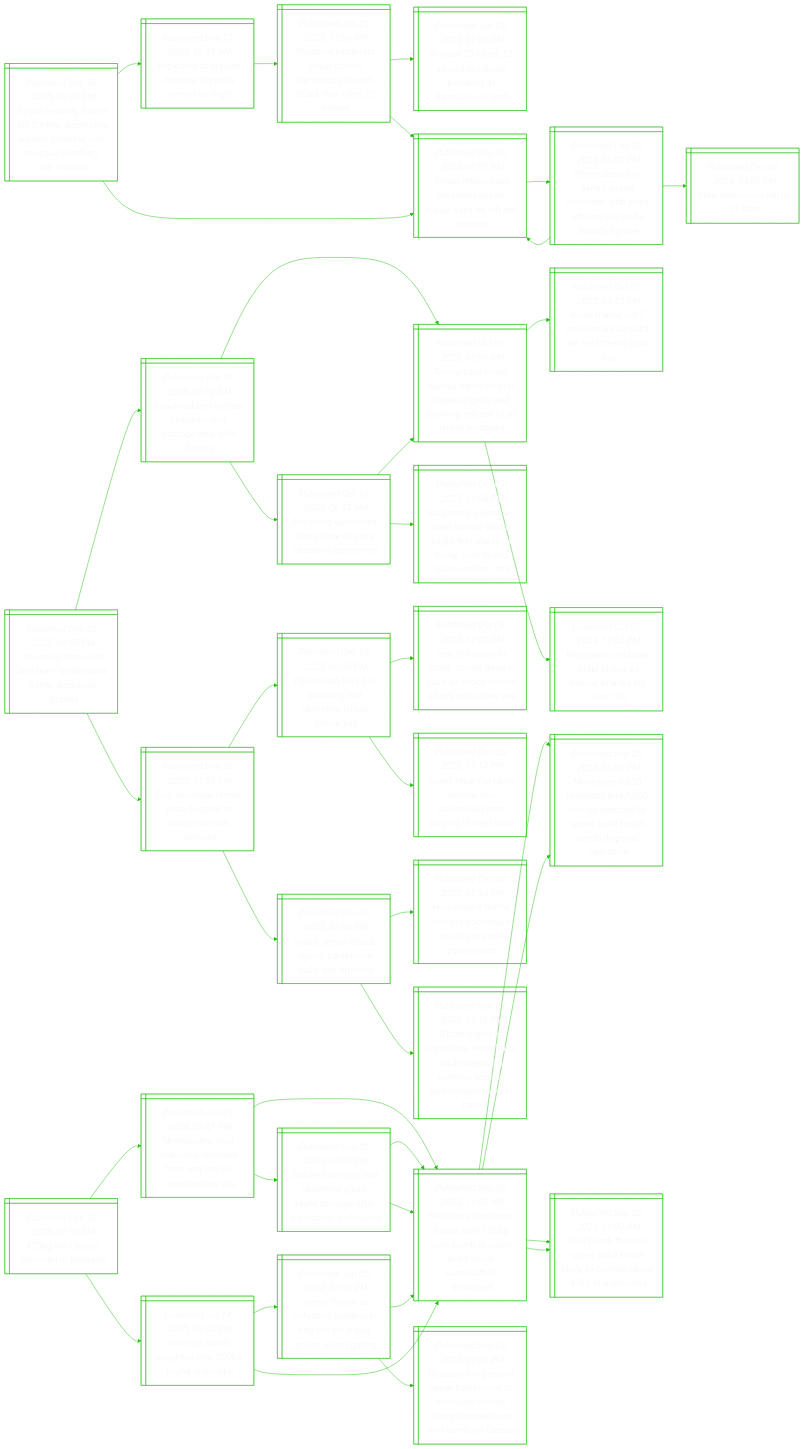
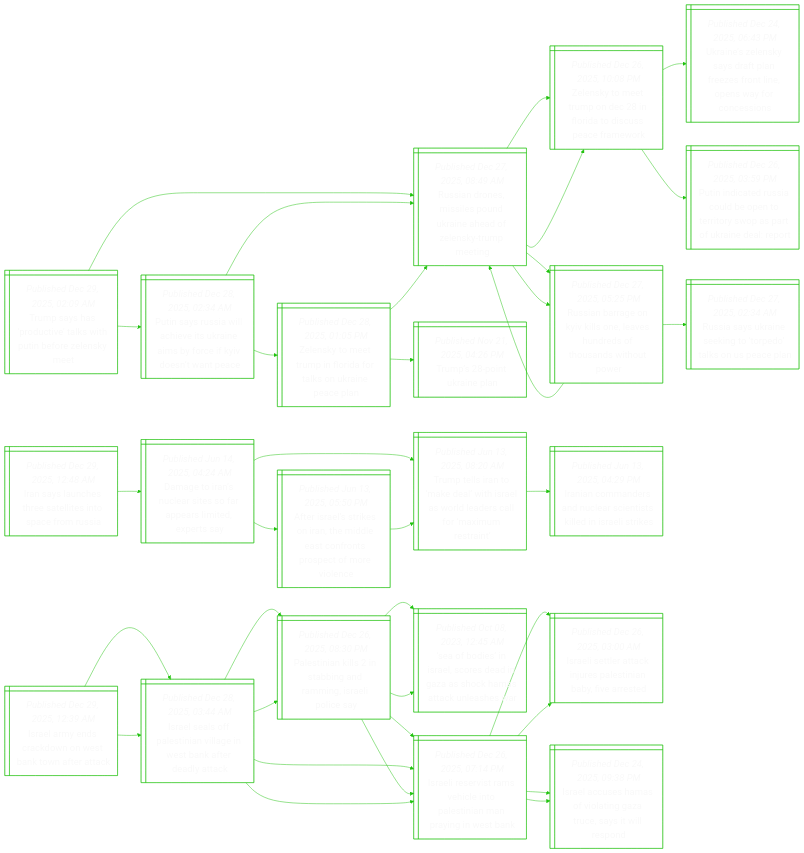
One commit to notJmes/notJmes changed the diagram in README.md. Above: the diagram before and after it, drawn with Mermaid. The commit also changed other lines of this file, not shown here.

````diff
--- a/README.md
+++ b/README.md
@@ -16,124 +16,115 @@
 flowchart LR
 classDef txtsize font-size:20px;
 
-Snrokhisleevsogor@{ shape: win-pane, label: "_Published Dec 28, 2025, 10:38 PM_
-Syrian security forces kill 2 while dispersing alawite protests over mosque bombing: war monitor" }
-Estisnasst@{ shape: win-pane, label: "_Published Dec 27, 2025, 12:29 AM_
-Explosion at alawite mosque in syria’s homs kills eight" }
-Swrtpmachctep@{ shape: win-pane, label: "_Published Jun 25, 2025, 12:06 AM_
-Shadowy extremist group claims damascus church attack that killed 25 people" }
-Asljicogmsc@{ shape: win-pane, label: "_Published Jun 23, 2025, 01:28 AM_
-At least 20 killed, 52 injured in suicide bombing at damascus church" }
-SnltiARahtoy@{ shape: win-pane, label: "_Published Dec 08, 2024, 08:51 AM_
-Syrian rebels oust president assad; russia says he left the country" }
-SnltiARahtoy@{ shape: win-pane, label: "_Published Dec 08, 2024, 08:51 AM_
-Syrian rebels oust president assad; russia says he left the country" }
-Wasrsnnafriben@{ shape: win-pane, label: "_Published Dec 08, 2024, 06:07 PM_
-Whereabouts of syria's assad unknown, with army officers saying he boarded plane" }
-SnltiARahtoy@{ shape: win-pane, label: "_Published Dec 08, 2024, 08:51 AM_
-Syrian rebels oust president assad; russia says he left the country" }
-Hmsis@{ shape: win-pane, label: "_Published Dec 08, 2024, 04:00 PM_
-How damascus fell in 11 days" }
+Tsadvkhnrem@{ shape: win-pane, label: "_Published Dec 29, 2025, 02:09 AM_
+Trump says has 'productive' talks with putin before zelensky meet" }
+RanssdieZsue@{ shape: win-pane, label: "_Published Dec 27, 2025, 08:49 AM_
+Russian drones, missiles pound ukraine ahead of zelensky-trump meeting" }
+Zsmrnnidscmk@{ shape: win-pane, label: "_Published Dec 26, 2025, 10:08 PM_
+Zelensky to meet trump on dec 28 in florida to discuss peace framework" }
+Unlydprstowren@{ shape: win-pane, label: "_Published Dec 24, 2025, 06:43 PM_
+Ukraine’s zelensky says draft plan freezes front line, opens way for concessions" }
+PiaucbnrrprkeRt@{ shape: win-pane, label: "_Published Dec 26, 2025, 03:59 PM_
+Putin indicated russia could be open to territory swop as part of ukraine deal: report" }
+Rarnkoaudhntp@{ shape: win-pane, label: "_Published Dec 27, 2025, 05:25 PM_
+Russian barrage on kyiv kills one, leaves hundreds of thousands without power" }
+RaUnkoelUcn@{ shape: win-pane, label: "_Published Dec 27, 2025, 02:34 AM_
+Russia says ukraine seeking to ‘torpedo’ talks on us peace plan" }
+RanssdieZsue@{ shape: win-pane, label: "_Published Dec 27, 2025, 08:49 AM_
+Russian drones, missiles pound ukraine ahead of zelensky-trump meeting" }
+Psuwcekebcyeaa@{ shape: win-pane, label: "_Published Dec 28, 2025, 02:34 AM_
+Putin says russia will achieve its ukraine aims by force if kyiv doesn’t want peace" }
+RanssdieZsue@{ shape: win-pane, label: "_Published Dec 27, 2025, 08:49 AM_
+Russian drones, missiles pound ukraine ahead of zelensky-trump meeting" }
+Zsmrnnidscmk@{ shape: win-pane, label: "_Published Dec 26, 2025, 10:08 PM_
+Zelensky to meet trump on dec 28 in florida to discuss peace framework" }
+Rarnkoaudhntp@{ shape: win-pane, label: "_Published Dec 27, 2025, 05:25 PM_
+Russian barrage on kyiv kills one, leaves hundreds of thousands without power" }
+Zsmrnirsrpp@{ shape: win-pane, label: "_Published Dec 28, 2025, 01:05 PM_
+Zelensky to meet trump in florida for talks on ukraine peace plan" }
+RanssdieZsue@{ shape: win-pane, label: "_Published Dec 27, 2025, 08:49 AM_
+Russian drones, missiles pound ukraine ahead of zelensky-trump meeting" }
+Tstia@{ shape: win-pane, label: "_Published Nov 21, 2025, 04:26 PM_
+Trump’s 28-point ukraine plan" }
 
-Snrokhisleevsogor:::txtsize --> Estisnasst:::txtsize
-Estisnasst:::txtsize --> Swrtpmachctep:::txtsize
-Swrtpmachctep:::txtsize --> Asljicogmsc:::txtsize
-Swrtpmachctep:::txtsize --> SnltiARahtoy:::txtsize
-Snrokhisleevsogor:::txtsize --> SnltiARahtoy:::txtsize
-SnltiARahtoy:::txtsize --> Wasrsnnafriben:::txtsize
-Wasrsnnafriben:::txtsize --> SnltiARahtoy:::txtsize
-Wasrsnnafriben:::txtsize --> Hmsis:::txtsize
+Tsadvkhnrem:::txtsize --> RanssdieZsue:::txtsize
+RanssdieZsue:::txtsize --> Zsmrnnidscmk:::txtsize
+Zsmrnnidscmk:::txtsize --> Unlydprstowren:::txtsize
+Zsmrnnidscmk:::txtsize --> PiaucbnrrprkeRt:::txtsize
+RanssdieZsue:::txtsize --> Rarnkoaudhntp:::txtsize
+Rarnkoaudhntp:::txtsize --> RaUnkoelUcn:::txtsize
+Rarnkoaudhntp:::txtsize --> RanssdieZsue:::txtsize
+Tsadvkhnrem:::txtsize --> Psuwcekebcyeaa:::txtsize
+Psuwcekebcyeaa:::txtsize --> RanssdieZsue:::txtsize
+RanssdieZsue:::txtsize --> Zsmrnnidscmk:::txtsize
+RanssdieZsue:::txtsize --> Rarnkoaudhntp:::txtsize
+Psuwcekebcyeaa:::txtsize --> Zsmrnirsrpp:::txtsize
+Zsmrnirsrpp:::txtsize --> RanssdieZsue:::txtsize
+Zsmrnirsrpp:::txtsize --> Tstia:::txtsize
 
-SrrlfirbrlGs@{ shape: win-pane, label: "_Published Dec 28, 2025, 09:55 PM_
-‘shivering from cold and fear’: winter rains batter displaced gazans" }
-Iliaeseoewa@{ shape: win-pane, label: "_Published Oct 10, 2025, 07:10 AM_
-Israeli cabinet ratifies ceasefire and hostage deal with hamas" }
-TssHaossaaorslaoe@{ shape: win-pane, label: "_Published Oct 09, 2025, 05:09 AM_
-Trump says israel, hamas agree on first phase of gaza deal, allowing release of all israeli hostages" }
-Ilsnrakhoar@{ shape: win-pane, label: "_Published Oct 07, 2025, 04:43 PM_
-Israel marks oct 7 anniversary as talks are held to end gaza war" }
-NyeeawHakl@{ shape: win-pane, label: "_Published Oct 07, 2023, 12:04 PM_
-Netanyahu declares israel at war as hamas attacks kill over 100" }
-Pgoihfcfge@{ shape: win-pane, label: "_Published Oct 10, 2025, 06:53 AM_
-Pm wong welcomes first phase of gaza ceasefire agreement" }
-TssHaossaaorslaoe@{ shape: win-pane, label: "_Published Oct 09, 2025, 05:09 AM_
-Trump says israel, hamas agree on first phase of gaza deal, allowing release of all israeli hostages" }
-SpeeamaeihfptGoc@{ shape: win-pane, label: "_Published Oct 09, 2025, 11:04 PM_
-Singapore welcomes israel-hamas deal to begin first phase of trump plan to end gaza conflict: mfa" }
-Fhgczptpors@{ shape: win-pane, label: "_Published Dec 26, 2025, 11:55 PM_
-Fuel shortage forces gaza hospital to suspend most services" }
+Iauselssfu@{ shape: win-pane, label: "_Published Dec 29, 2025, 12:48 AM_
+Iran says launches three satellites into space from russia" }
+Deacssarixs@{ shape: win-pane, label: "_Published Jun 14, 2025, 04:24 AM_
+Damage to iran’s nuclear sites so far appears limited, experts say" }
+TtIodirsdelmutt@{ shape: win-pane, label: "_Published Jun 13, 2025, 08:20 AM_
+Trump tells iran to ‘make deal’ with israel as world leaders call for ‘maximum restraint’" }
+IamrnaetlIli@{ shape: win-pane, label: "_Published Jun 13, 2025, 04:29 PM_
+Iranian commanders and nuclear scientists killed in israeli strikes" }
+AIlintdantsoee@{ shape: win-pane, label: "_Published Jun 13, 2025, 05:50 PM_
+After israel’s strikes on iran, the middle east confronts prospect of more violence" }
+TtIodirsdelmutt@{ shape: win-pane, label: "_Published Jun 13, 2025, 08:20 AM_
+Trump tells iran to ‘make deal’ with israel as world leaders call for ‘maximum restraint’" }
+
+Iauselssfu:::txtsize --> Deacssarixs:::txtsize
+Deacssarixs:::txtsize --> TtIodirsdelmutt:::txtsize
+TtIodirsdelmutt:::txtsize --> IamrnaetlIli:::txtsize
+Deacssarixs:::txtsize --> AIlintdantsoee:::txtsize
+AIlintdantsoee:::txtsize --> TtIodirsdelmutt:::txtsize
+
+IleroWawea@{ shape: win-pane, label: "_Published Dec 29, 2025, 12:39 AM_
+Israel army ends crackdown on west bank town after attack" }
+Ilsaivgenedt@{ shape: win-pane, label: "_Published Dec 28, 2025, 03:44 AM_
+Israel seals off palestinian village in west bank after deadly attack" }
 Ptnsagagela@{ shape: win-pane, label: "_Published Dec 26, 2025, 08:30 PM_
 Palestinian kills 2 in stabbing and ramming, israeli police say" }
 Sbsrcdnacaale@{ shape: win-pane, label: "_Published Oct 08, 2023, 12:45 AM_
 ‘sea of bodies’ in israel, scores dead in gaza as shock hamas attack unleashes war" }
 Iletvlosapnen@{ shape: win-pane, label: "_Published Dec 26, 2025, 07:14 PM_
 Israeli reservist rams vehicle into palestinian man praying in west bank" }
+Iletvlosapnen@{ shape: win-pane, label: "_Published Dec 26, 2025, 07:14 PM_
+Israeli reservist rams vehicle into palestinian man praying in west bank" }
 Ilttieeibes@{ shape: win-pane, label: "_Published Dec 26, 2025, 03:00 AM_
 Israeli settler attack injures palestinian baby, five arrested" }
-Hrhotciakxais@{ shape: win-pane, label: "_Published Dec 24, 2025, 05:24 PM_
-How israel’s hilltop settlers coordinate attacks to expel palestinians" }
-Siecsyoafoenlnit@{ shape: win-pane, label: "_Published Nov 21, 2025, 12:16 PM_
-S’pore imposes sanctions, entry bans on 4 israelis for violence against palestinians in west bank" }
+Ilsmvtauyis@{ shape: win-pane, label: "_Published Dec 24, 2025, 09:38 PM_
+Israel accuses hamas of violating gaza truce, says it will respond" }
+Ilsaivgenedt@{ shape: win-pane, label: "_Published Dec 28, 2025, 03:44 AM_
+Israel seals off palestinian village in west bank after deadly attack" }
+Ptnsagagela@{ shape: win-pane, label: "_Published Dec 26, 2025, 08:30 PM_
+Palestinian kills 2 in stabbing and ramming, israeli police say" }
+Sbsrcdnacaale@{ shape: win-pane, label: "_Published Oct 08, 2023, 12:45 AM_
+‘sea of bodies’ in israel, scores dead in gaza as shock hamas attack unleashes war" }
+Iletvlosapnen@{ shape: win-pane, label: "_Published Dec 26, 2025, 07:14 PM_
+Israeli reservist rams vehicle into palestinian man praying in west bank" }
+Iletvlosapnen@{ shape: win-pane, label: "_Published Dec 26, 2025, 07:14 PM_
+Israeli reservist rams vehicle into palestinian man praying in west bank" }
+Ilttieeibes@{ shape: win-pane, label: "_Published Dec 26, 2025, 03:00 AM_
+Israeli settler attack injures palestinian baby, five arrested" }
+Ilsmvtauyis@{ shape: win-pane, label: "_Published Dec 24, 2025, 09:38 PM_
+Israel accuses hamas of violating gaza truce, says it will respond" }
 
-SrrlfirbrlGs:::txtsize --> Iliaeseoewa:::txtsize
-Iliaeseoewa:::txtsize --> TssHaossaaorslaoe:::txtsize
-TssHaossaaorslaoe:::txtsize --> Ilsnrakhoar:::txtsize
-TssHaossaaorslaoe:::txtsize --> NyeeawHakl:::txtsize
-Iliaeseoewa:::txtsize --> Pgoihfcfge:::txtsize
-Pgoihfcfge:::txtsize --> TssHaossaaorslaoe:::txtsize
-Pgoihfcfge:::txtsize --> SpeeamaeihfptGoc:::txtsize
-SrrlfirbrlGs:::txtsize --> Fhgczptpors:::txtsize
-Fhgczptpors:::txtsize --> Ptnsagagela:::txtsize
+IleroWawea:::txtsize --> Ilsaivgenedt:::txtsize
+Ilsaivgenedt:::txtsize --> Ptnsagagela:::txtsize
 Ptnsagagela:::txtsize --> Sbsrcdnacaale:::txtsize
 Ptnsagagela:::txtsize --> Iletvlosapnen:::txtsize
-Fhgczptpors:::txtsize --> Ilttieeibes:::txtsize
-Ilttieeibes:::txtsize --> Hrhotciakxais:::txtsize
-Ilttieeibes:::txtsize --> Siecsyoafoenlnit:::txtsize
-
-kIreed@{ shape: win-pane, label: "_Published Dec 28, 2025, 07:39 PM_
-470kg wwii bomb removed in belgrade" }
-UlWrcorgotit@{ shape: win-pane, label: "_Published Jun 29, 2024, 05:47 PM_
-Unexploded wwii ordnance removed from ang mo kio construction site" }
-ReaumeWmpuiusyr@{ shape: win-pane, label: "_Published Sep 26, 2023, 11:42 AM_
-Residents can return home after 100kg wwii bomb in upper bukit timah successfully destroyed" }
-MhsthatUBTbiarn@{ shape: win-pane, label: "_Published Sep 25, 2023, 06:06 PM_
-More than 4,000 residents and 1,000 homes affected by upper bukit timah bomb disposal operation" }
-WouUBTlynakxi@{ shape: win-pane, label: "_Published Sep 26, 2023, 12:00 AM_
-Wwii bomb found in upper bukit timah likely to contain about 47kg of explosives" }
-CelaaesgmfWmoo@{ shape: win-pane, label: "_Published Sep 26, 2023, 10:35 PM_
-Cracked ceilings and shattered glass: slight damage after wwii bomb detonation" }
-ReaumeWmpuiusyr@{ shape: win-pane, label: "_Published Sep 26, 2023, 11:42 AM_
-Residents can return home after 100kg wwii bomb in upper bukit timah successfully destroyed" }
-ReaumeWmpuiusyr@{ shape: win-pane, label: "_Published Sep 26, 2023, 11:42 AM_
-Residents can return home after 100kg wwii bomb in upper bukit timah successfully destroyed" }
-Wrbhvfia@{ shape: win-pane, label: "_Published Jul 14, 2025, 09:45 PM_
-Wwii-era bomb weighing over 200kg found in melaka" }
-Botsldnodlnin@{ shape: win-pane, label: "_Published Jan 05, 2024, 07:30 PM_
-‘bomb’ found at industrial building in ang mo kio a dud, police investigating" }
-Renspkmeamretfbnd@{ shape: win-pane, label: "_Published Sep 24, 2023, 09:06 PM_
-Residents in parts of upper bukit timah to evacuate homes during detonation of wwii bomb on tuesday" }
-ReaumeWmpuiusyr@{ shape: win-pane, label: "_Published Sep 26, 2023, 11:42 AM_
-Residents can return home after 100kg wwii bomb in upper bukit timah successfully destroyed" }
-ReaumeWmpuiusyr@{ shape: win-pane, label: "_Published Sep 26, 2023, 11:42 AM_
-Residents can return home after 100kg wwii bomb in upper bukit timah successfully destroyed" }
-MhsthatUBTbiarn@{ shape: win-pane, label: "_Published Sep 25, 2023, 06:06 PM_
-More than 4,000 residents and 1,000 homes affected by upper bukit timah bomb disposal operation" }
-WouUBTlynakxi@{ shape: win-pane, label: "_Published Sep 26, 2023, 12:00 AM_
-Wwii bomb found in upper bukit timah likely to contain about 47kg of explosives" }
-
-kIreed:::txtsize --> UlWrcorgotit:::txtsize
-UlWrcorgotit:::txtsize --> ReaumeWmpuiusyr:::txtsize
-ReaumeWmpuiusyr:::txtsize --> MhsthatUBTbiarn:::txtsize
-ReaumeWmpuiusyr:::txtsize --> WouUBTlynakxi:::txtsize
-UlWrcorgotit:::txtsize --> CelaaesgmfWmoo:::txtsize
-CelaaesgmfWmoo:::txtsize --> ReaumeWmpuiusyr:::txtsize
-CelaaesgmfWmoo:::txtsize --> ReaumeWmpuiusyr:::txtsize
-kIreed:::txtsize --> Wrbhvfia:::txtsize
-Wrbhvfia:::txtsize --> Botsldnodlnin:::txtsize
-Botsldnodlnin:::txtsize --> Renspkmeamretfbnd:::txtsize
-Botsldnodlnin:::txtsize --> ReaumeWmpuiusyr:::txtsize
-Wrbhvfia:::txtsize --> ReaumeWmpuiusyr:::txtsize
-ReaumeWmpuiusyr:::txtsize --> MhsthatUBTbiarn:::txtsize
-ReaumeWmpuiusyr:::txtsize --> WouUBTlynakxi:::txtsize
+Ilsaivgenedt:::txtsize --> Iletvlosapnen:::txtsize
+Iletvlosapnen:::txtsize --> Ilttieeibes:::txtsize
+Iletvlosapnen:::txtsize --> Ilsmvtauyis:::txtsize
+IleroWawea:::txtsize --> Ilsaivgenedt:::txtsize
+Ilsaivgenedt:::txtsize --> Ptnsagagela:::txtsize
+Ptnsagagela:::txtsize --> Sbsrcdnacaale:::txtsize
+Ptnsagagela:::txtsize --> Iletvlosapnen:::txtsize
+Ilsaivgenedt:::txtsize --> Iletvlosapnen:::txtsize
+Iletvlosapnen:::txtsize --> Ilttieeibes:::txtsize
+Iletvlosapnen:::txtsize --> Ilsmvtauyis:::txtsize
 
 ```
````
